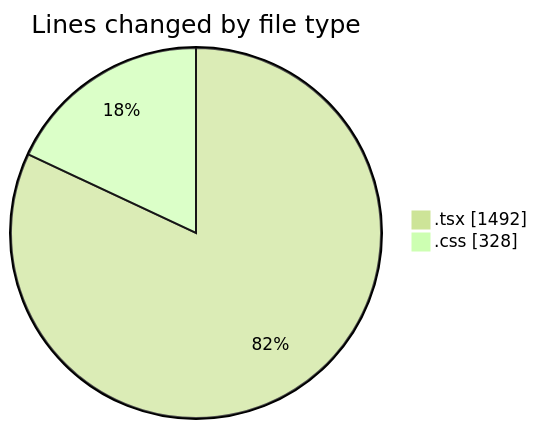
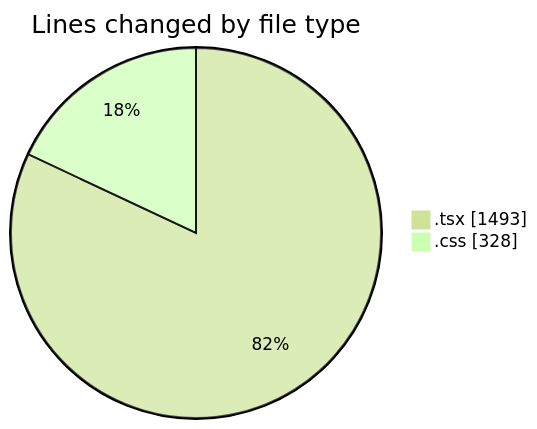
Before and after one commit to julien-gomy/code-tracking: the first of 2 diagrams in 2025-10-10/eventscop-frontend-guide__workspace_/README.md, drawn with Mermaid (forest theme). The commit also changed other lines of this file and 1 other file, not shown here.

````diff
--- a/2025-10-10/eventscop-frontend-guide__workspace_/README.md
+++ b/2025-10-10/eventscop-frontend-guide__workspace_/README.md
@@ -25,6 +25,6 @@
 ```mermaid
 pie showData
 title Lines changed by file type
-".tsx" : 1492
+".tsx" : 1493
 ".css" : 328
 ```
````
